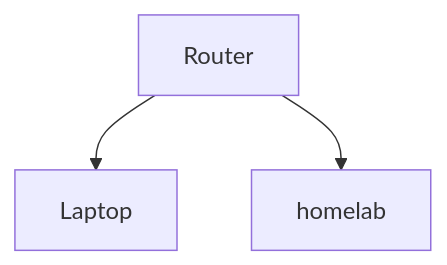
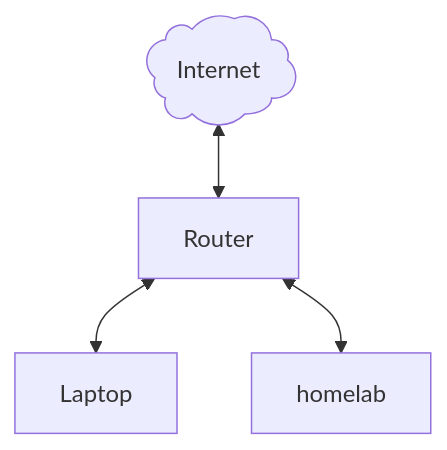
Before and after one commit to NgocTriTruong/openGym: the diagram in docs/SELF_HOSTING_HTTPS.md, drawn with Mermaid.

Commit message:
test mermaid shape

````diff
--- a/docs/SELF_HOSTING_HTTPS.md
+++ b/docs/SELF_HOSTING_HTTPS.md
@@ -18,6 +18,7 @@
 ```mermaid
 graph TD
-    A[Router]
-    A -->B[Laptop]
-    A -->C[homelab]
+    A@{ shape: cloud, label: "Internet"}
+    A <--> B[Router]
+    B <-->C[Laptop]
+    B <-->D[homelab]
 ```
````
